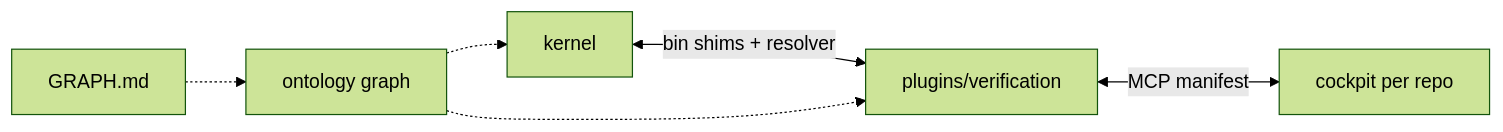
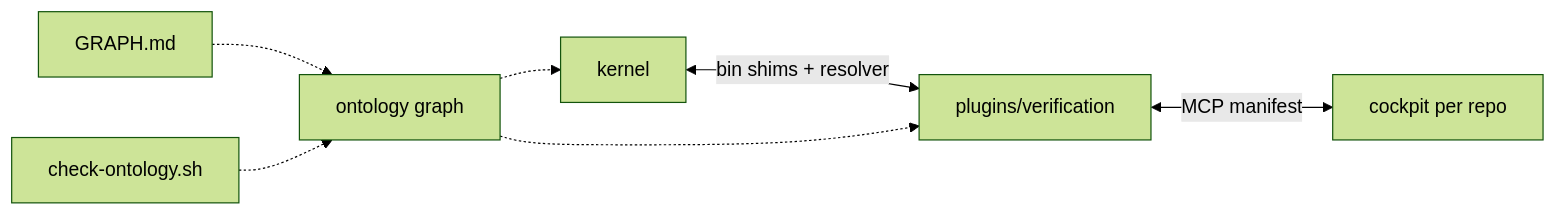
Before and after one commit to p10ns11y/shellyxz.sh: the diagram in arch-design/coming-next.md, drawn with Mermaid (forest theme). The commit also changed other lines of this file and 19 other files, not shown here.

````diff
--- a/arch-design/coming-next.md
+++ b/arch-design/coming-next.md
@@ -33,8 +22,9 @@
 ```mermaid
 flowchart LR
   K[kernel] <-->|bin shims + resolver| P[plugins/verification]
   P <-->|MCP manifest| C[cockpit per repo]
   O[ontology graph] -.-> K
   O -.-> P
   G[GRAPH.md] -.-> O
+  D[check-ontology.sh] -.-> O
 ```
````
